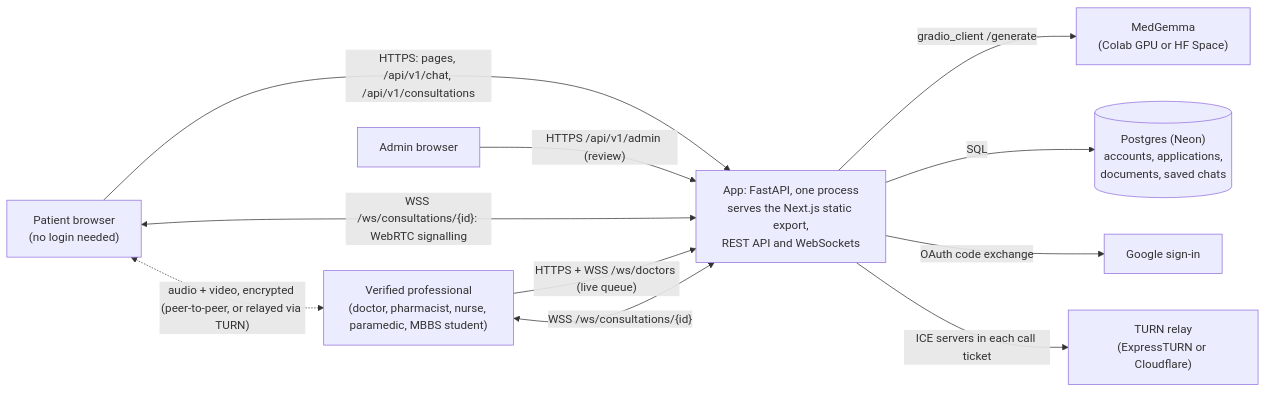
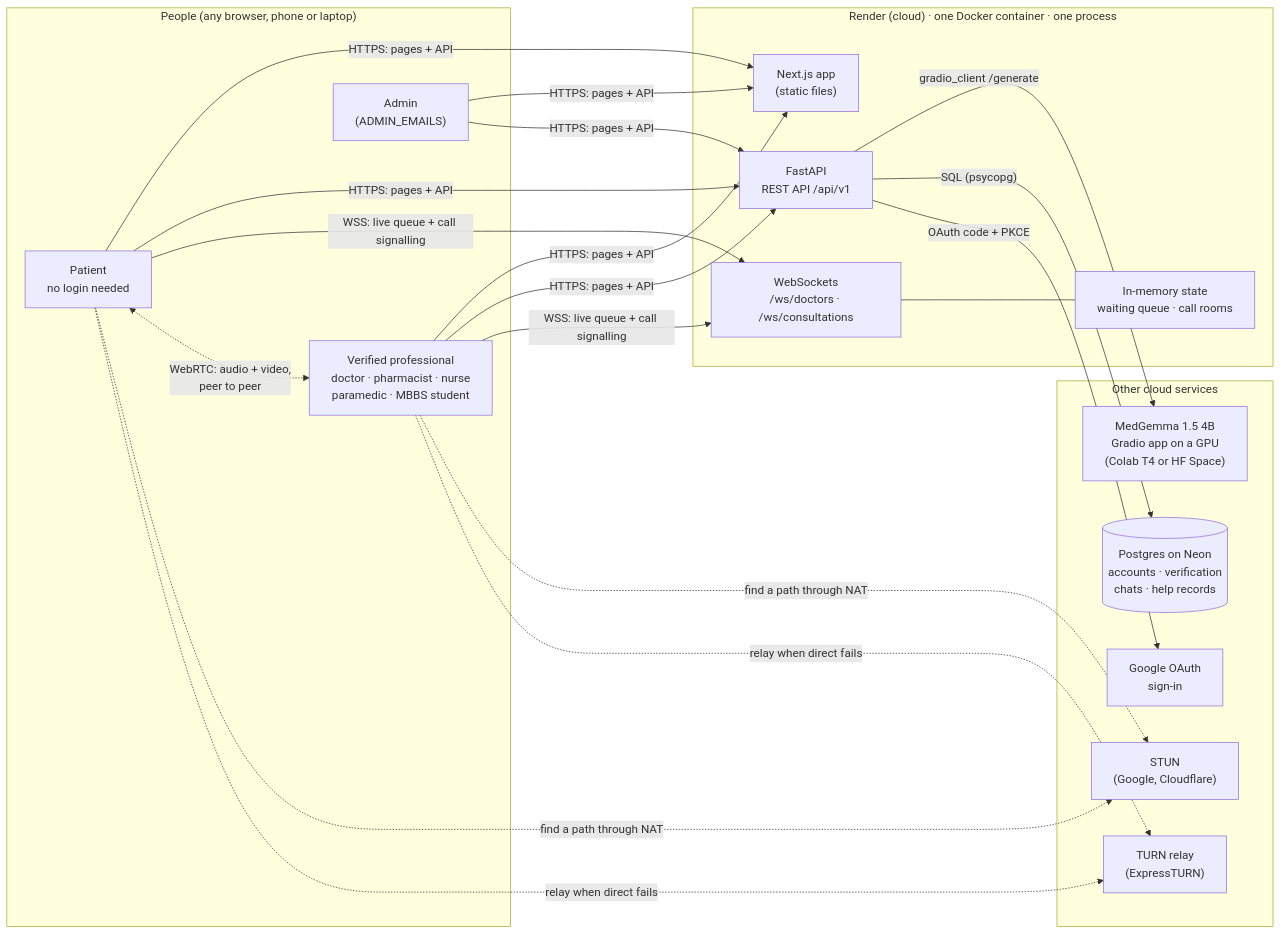
One commit to POOKIEE-DEVS/SwasthyaSetu changed the first of 5 diagrams in docs/architecture.md. Above: the diagram before and after it, drawn with Mermaid. The commit also changed other lines of this file and 1 other file, not shown here.

````diff
--- a/docs/architecture.md
+++ b/docs/architecture.md
@@ -3,13 +22,33 @@
 ```mermaid
 flowchart LR
-    P["Patient browser<br/>(no login needed)"] -- "HTTPS: pages, /api/v1/chat, /api/v1/consultations" --> A
-    D["Verified professional<br/>(doctor, pharmacist, nurse, paramedic, MBBS student)"] -- "HTTPS + WSS /ws/doctors (live queue)" --> A
-    R["Admin browser"] -- "HTTPS /api/v1/admin (review)" --> A
-    P <-- "WSS /ws/consultations/{id}: WebRTC signalling" --> A
-    D <-- "WSS /ws/consultations/{id}" --> A
-    A["App: FastAPI, one process<br/>serves the Next.js static export,<br/>REST API and WebSockets"] -- "gradio_client /generate" --> M["MedGemma<br/>(Colab GPU or HF Space)"]
-    A -- "SQL" --> DB[("Postgres (Neon)<br/>accounts, applications,<br/>documents, saved chats")]
-    A -- "OAuth code exchange" --> G["Google sign-in"]
-    A -- "ICE servers in each call ticket" --> T["TURN relay<br/>(ExpressTURN or Cloudflare)"]
-    P <-. "audio + video, encrypted (peer-to-peer, or relayed via TURN)" .-> D
+    subgraph Users["People (any browser, phone or laptop)"]
+        P["Patient<br/>no login needed"]
+        D["Verified professional<br/>doctor · pharmacist · nurse<br/>paramedic · MBBS student"]
+        AD["Admin<br/>(ADMIN_EMAILS)"]
+    end
+
+    subgraph Render["Render (cloud) · one Docker container · one process"]
+        FE["Next.js app<br/>(static files)"]
+        API["FastAPI<br/>REST API /api/v1"]
+        WS["WebSockets<br/>/ws/doctors · /ws/consultations"]
+        MEM["In-memory state<br/>waiting queue · call rooms"]
+    end
+
+    subgraph Cloud["Other cloud services"]
+        LLM["MedGemma 1.5 4B<br/>Gradio app on a GPU<br/>(Colab T4 or HF Space)"]
+        DB[("Postgres on Neon<br/>accounts · verification<br/>chats · help records")]
+        G["Google OAuth<br/>sign-in"]
+        TURN["TURN relay<br/>(ExpressTURN)"]
+        STUN["STUN<br/>(Google, Cloudflare)"]
+    end
+
+    P & D & AD -- "HTTPS: pages + API" --> FE & API
+    P & D -- "WSS: live queue + call signalling" --> WS
+    API -- "gradio_client /generate" --> LLM
+    API -- "SQL (psycopg)" --> DB
+    API -- "OAuth code + PKCE" --> G
+    WS --- MEM
+    P <-. "WebRTC: audio + video,<br/>peer to peer" .-> D
+    P & D -. "find a path through NAT" .-> STUN
+    P & D -. "relay when direct fails" .-> TURN
 ```
````
